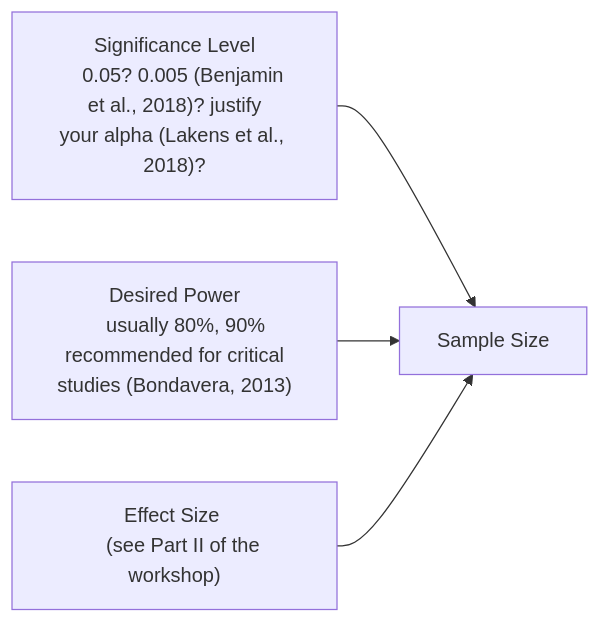
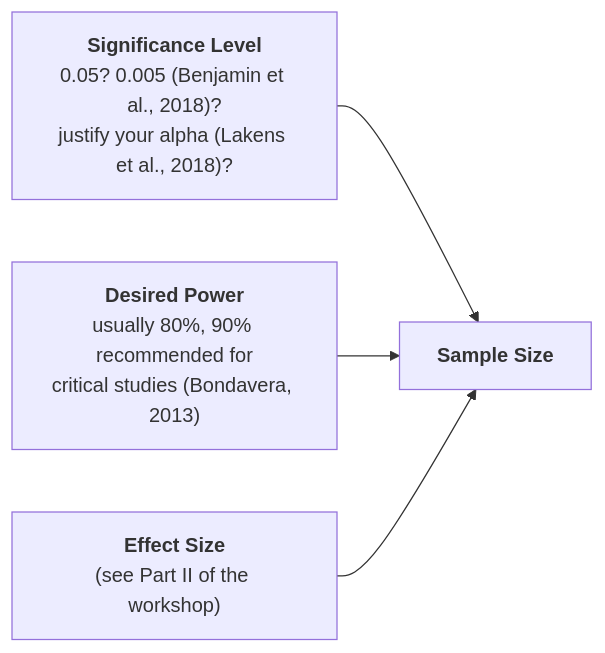
The first of 2 diagrams in slides/Power-Analysis_General_Intro/Power-Analysis-general-intro.qmd (nicebread/Empra1_2026), drawn with Mermaid before and after one commit. The commit also changed other lines of this file, not shown here.

Commit message:
Update/Power-Analysis-general-intro.qmd (tables and mermaid)

````diff
--- a/slides/Power-Analysis_General_Intro/Power-Analysis-general-intro.qmd
+++ b/slides/Power-Analysis_General_Intro/Power-Analysis-general-intro.qmd
@@ -56,18 +76,11 @@
 ```{mermaid}
-
 flowchart LR
-    E[" Effect Size 
-    (see Part II of the workshop)"]
-    D[" Desired Power
-     usually 80%, 90% recommended for critical
-studies (Bondavera, 2013)"]
-    L[" Significance Level
-    0.05? 0.005 (Benjamin et al., 2018)? justify
-your alpha (Lakens et al., 2018)? "]
-    S[Sample Size]
+    L["<b>Significance Level</b><br>0.05? 0.005 (Benjamin et al., 2018)?<br>justify your alpha (Lakens et al., 2018)?"]
+    D["<b>Desired Power</b><br>usually 80%, 90% recommended for<br>critical studies (Bondavera, 2013)"]
+    E["<b>Effect Size</b><br>(see Part II of the workshop)"]
+    S["<b>Sample Size</b>"]
+    
     L --> S
     D --> S
     E --> S
-
-
 ```
````
